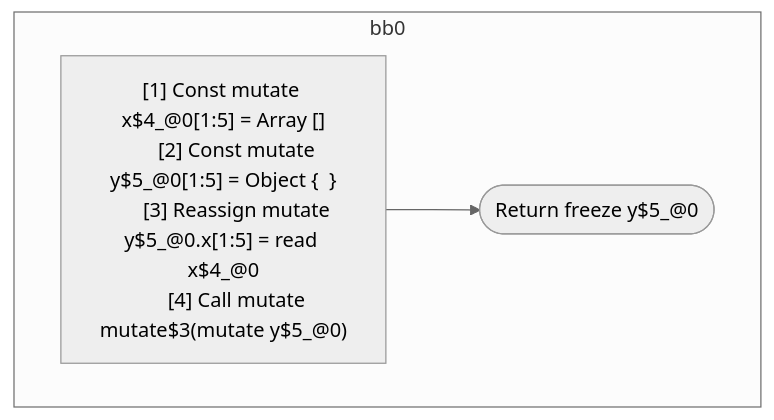
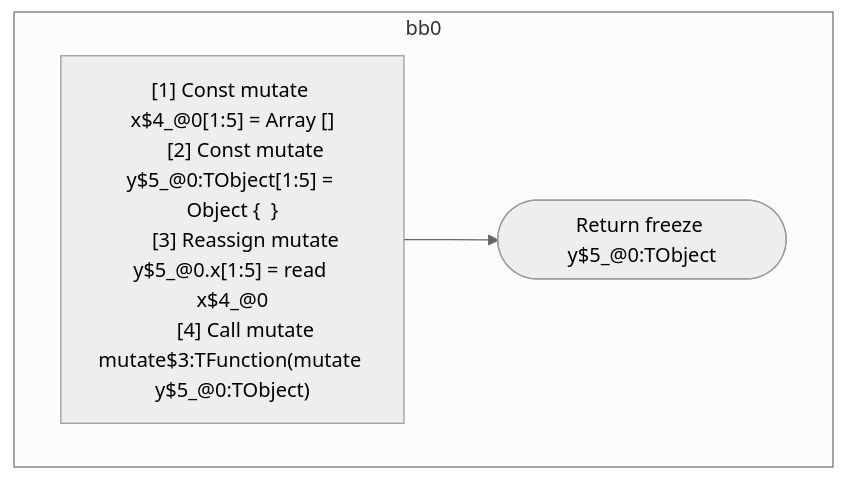
One commit to wutsmog/private changed the diagram in compiler/forget/src/__tests__/fixtures/hir/ssa-property-mutate.expect.md. Above: the diagram before and after it, drawn with Mermaid (neutral theme). The commit also changed other lines of this file and 112 other files, not shown here.

````diff
--- a/compiler/forget/src/__tests__/fixtures/hir/ssa-property-mutate.expect.md
+++ b/compiler/forget/src/__tests__/fixtures/hir/ssa-property-mutate.expect.md
@@ -45,16 +45,16 @@
 ```mermaid
 flowchart TB
   %% Basic Blocks
   subgraph bb0
     bb0_instrs["
       [1] Const mutate x$4_@0[1:5] = Array []
-      [2] Const mutate y$5_@0[1:5] = Object {  }
+      [2] Const mutate y$5_@0:TObject[1:5] = Object {  }
       [3] Reassign mutate y$5_@0.x[1:5] = read x$4_@0
-      [4] Call mutate mutate$3(mutate y$5_@0)
+      [4] Call mutate mutate$3:TFunction(mutate y$5_@0:TObject)
     "]
-    bb0_instrs --> bb0_terminal(["Return freeze y$5_@0"])
+    bb0_instrs --> bb0_terminal(["Return freeze y$5_@0:TObject"])
   end
 
   %% Jumps
   %% empty
 ```
````
